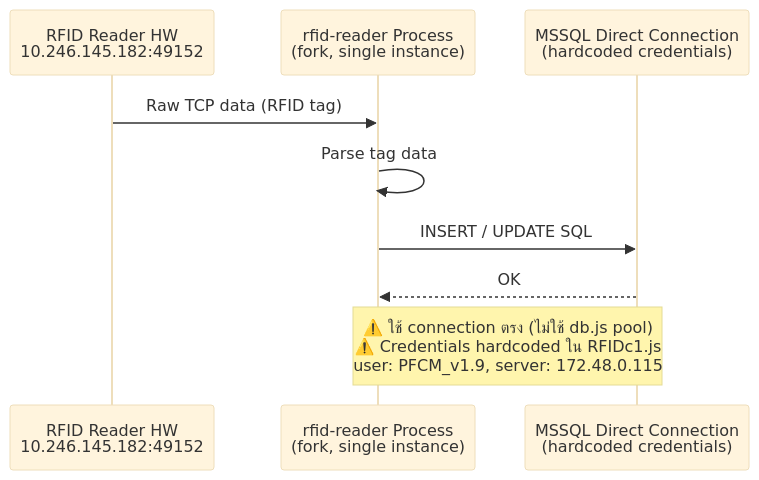
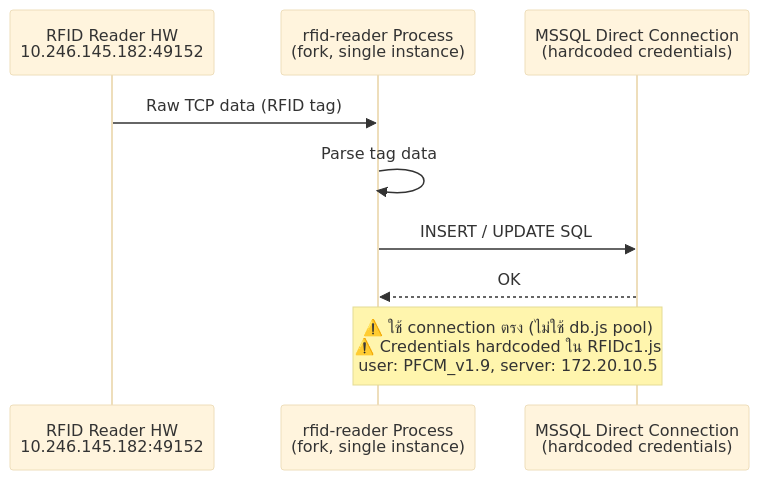
One commit to TUAPUAN-CODE/DelayHUB changed diagram 12 of 18 in flow.md. Above: the diagram before and after it, drawn with Mermaid (base theme). The commit also changed other lines of this file and 37 other files, not shown here.

````diff
--- a/flow.md
+++ b/flow.md
@@ -540,13 +540,13 @@
 ```mermaid
 sequenceDiagram
     participant RFID_HW as RFID Reader HW<br/>10.246.145.182:49152
     participant RFID_SVC as rfid-reader Process<br/>(fork, single instance)
     participant DB2 as MSSQL Direct Connection<br/>(hardcoded credentials)
 
     RFID_HW->>RFID_SVC: Raw TCP data (RFID tag)
     RFID_SVC->>RFID_SVC: Parse tag data
     RFID_SVC->>DB2: INSERT / UPDATE SQL
     DB2-->>RFID_SVC: OK
 
-    Note over RFID_SVC,DB2: ⚠️ ใช้ connection ตรง (ไม่ใช้ db.js pool)<br/>⚠️ Credentials hardcoded ใน RFIDc1.js<br/>   user: PFCM_v1.9, server: 172.48.0.115
+    Note over RFID_SVC,DB2: ⚠️ ใช้ connection ตรง (ไม่ใช้ db.js pool)<br/>⚠️ Credentials hardcoded ใน RFIDc1.js<br/>   user: PFCM_v1.9, server: 172.20.10.5
 ```
````
